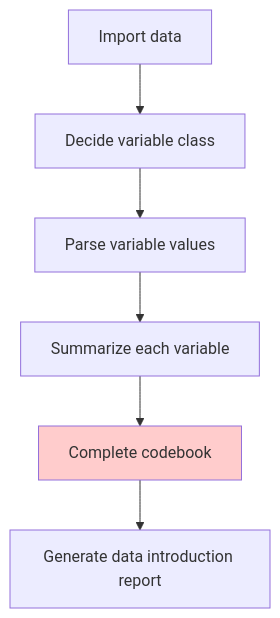
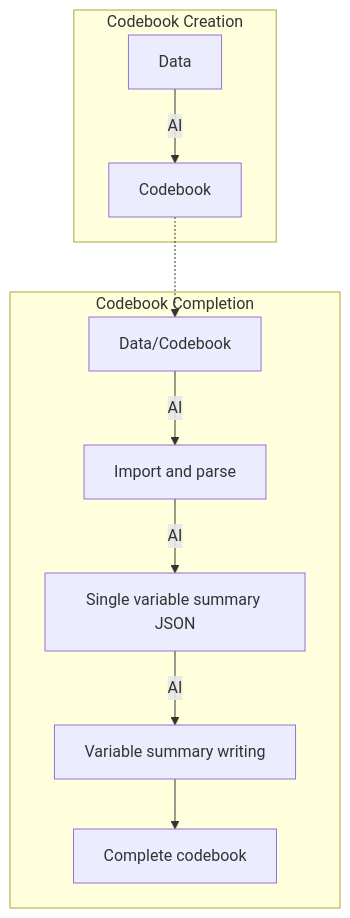
The diagram in Lecture-notes/08-complete-codebook.md (tpemartin/113-2-R), drawn with Mermaid before and after one commit. The commit also changed other lines of this file and 1 other file, not shown here.

````diff
--- a/Lecture-notes/08-complete-codebook.md
+++ b/Lecture-notes/08-complete-codebook.md
@@ -4,10 +3,14 @@
 ```mermaid
 flowchart TD
-  A["`Import data`"]--> B["`Decide variable class`"]
-  B --> C["`Parse variable values`"] 
-  C --> D["`Summarize each variable`"]
-  D --> E["`Complete codebook`"]:::pink
-  E --> F["`Generate data introduction report`"]
+  subgraph Codebook Creation
+    A["`Data`"] -->|AI| B["`Codebook`"]
+  end
 
-  classDef pink fill:#ffcccc;
+  subgraph Codebook Completion
+    C["`Data/Codebook`"] -->|AI| D["`Import and parse`"]
+    D -->|AI| E["`Single variable summary JSON`"]
+    E -->|AI| F["`Variable summary writing`"]
+    F --> G["`Complete codebook`"]
+  end
+  B -.-> C
 ```
````
